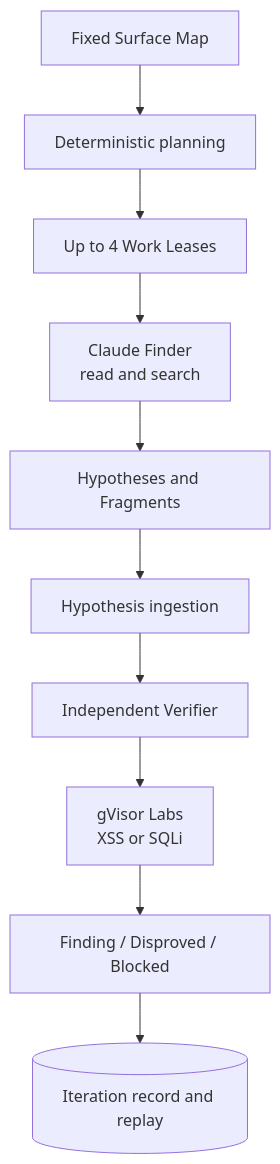
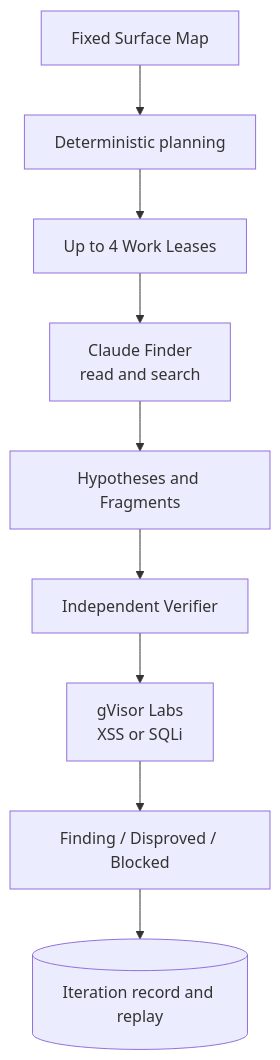
The second of 3 diagrams in docs/CODEBASE-GUIDE.md (momoponwork1415-lgtm/wordpress-harness), drawn with Mermaid before and after one commit. The commit also changed other lines of this file and 34 other files, not shown here.

````diff
--- a/docs/CODEBASE-GUIDE.md
+++ b/docs/CODEBASE-GUIDE.md
@@ -62,16 +44,14 @@
 ```mermaid
 flowchart TB
     map["Fixed Surface Map"]
     plan["Deterministic planning"]
     leases["Up to 4 Work Leases"]
     finder["Claude Finder<br/>read and search"]
     outputs["Hypotheses and Fragments"]
-    ingest["Hypothesis ingestion"]
     verifier["Independent Verifier"]
     labs["gVisor Labs<br/>XSS or SQLi"]
     outcome["Finding / Disproved / Blocked"]
     record[("Iteration record and replay")]
 
-    map --> plan --> leases --> finder --> outputs --> ingest
-    ingest --> verifier --> labs --> outcome --> record
+    map --> plan --> leases --> finder --> outputs --> verifier --> labs --> outcome --> record
 ```
````
